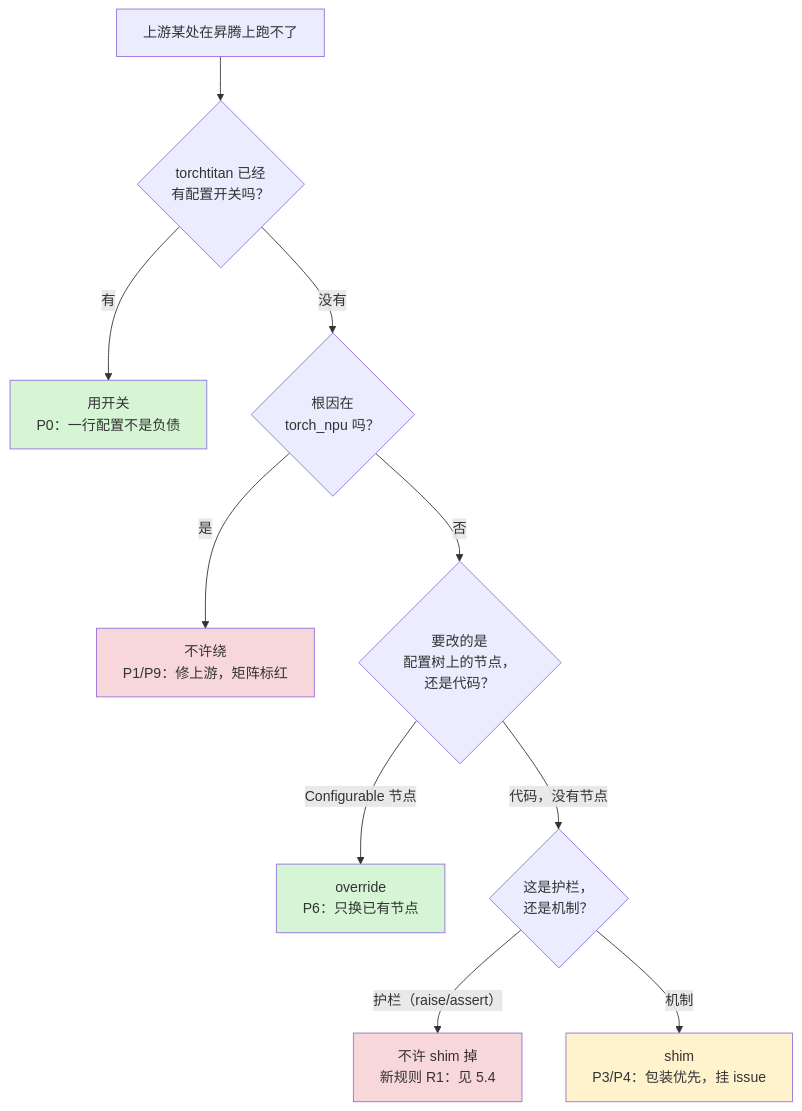
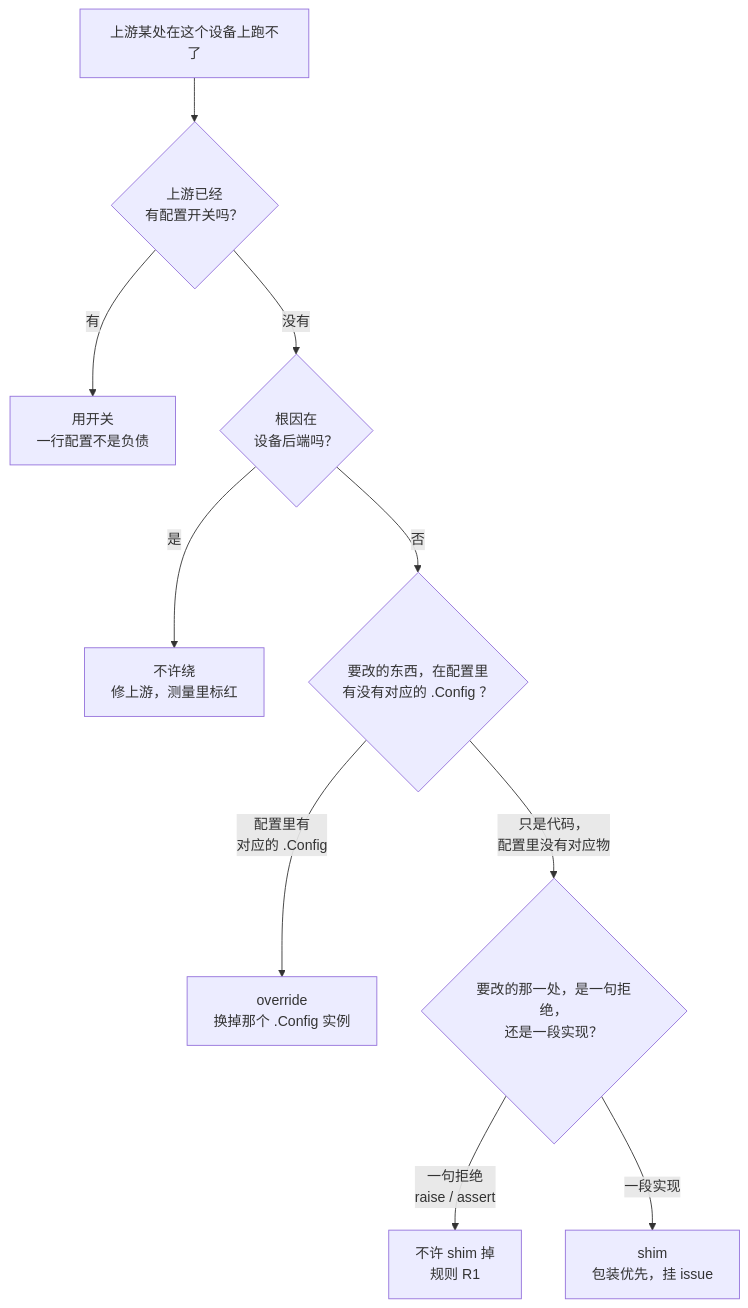
The first of 15 diagrams in docs/design/shim-and-override.md (JavaZeroo/ascend-torchtitan), drawn with Mermaid before and after one commit. The commit also changed other lines of this file and 1 other file, not shown here.

````diff
--- a/docs/design/shim-and-override.md
+++ b/docs/design/shim-and-override.md
@@ -45,18 +26,12 @@
 ```mermaid
 flowchart TD
-    A["上游某处在昇腾上跑不了"] --> B{"torchtitan 已经<br/>有配置开关吗？"}
-    B -->|有| C["用开关<br/>P0：一行配置不是负债"]
-    B -->|没有| D{"根因在<br/>torch_npu 吗？"}
-    D -->|是| E["不许绕<br/>P1/P9：修上游，矩阵标红"]
-    D -->|否| F{"要改的是<br/>配置树上的节点，<br/>还是代码？"}
-    F -->|"Configurable 节点"| G["override<br/>P6：只换已有节点"]
-    F -->|"代码，没有节点"| H{"这是护栏，<br/>还是机制？"}
-    H -->|"护栏（raise/assert）"| I["不许 shim 掉<br/>新规则 R1：见 5.4"]
-    H -->|"机制"| J["shim<br/>P3/P4：包装优先，挂 issue"]
-
-    style C fill:#d5f5d5
-    style G fill:#d5f5d5
-    style J fill:#fff3cd
-    style E fill:#f8d7da
-    style I fill:#f8d7da
+    A["上游某处在这个设备上跑不了"] --> B{"上游已经<br/>有配置开关吗？"}
+    B -->|有| C["用开关<br/>一行配置不是负债"]
+    B -->|没有| D{"根因在<br/>设备后端吗？"}
+    D -->|是| E["不许绕<br/>修上游，测量里标红"]
+    D -->|否| F{"要改的东西，在配置里<br/>有没有对应的 .Config ？"}
+    F -->|"配置里有<br/>对应的 .Config"| G["override<br/>换掉那个 .Config 实例"]
+    F -->|"只是代码，<br/>配置里没有对应物"| H{"要改的那一处，是一句拒绝，<br/>还是一段实现？"}
+    H -->|"一句拒绝<br/>raise / assert"| I["不许 shim 掉<br/>规则 R1"]
+    H -->|"一段实现"| J["shim<br/>包装优先，挂 issue"]
 ```
````
